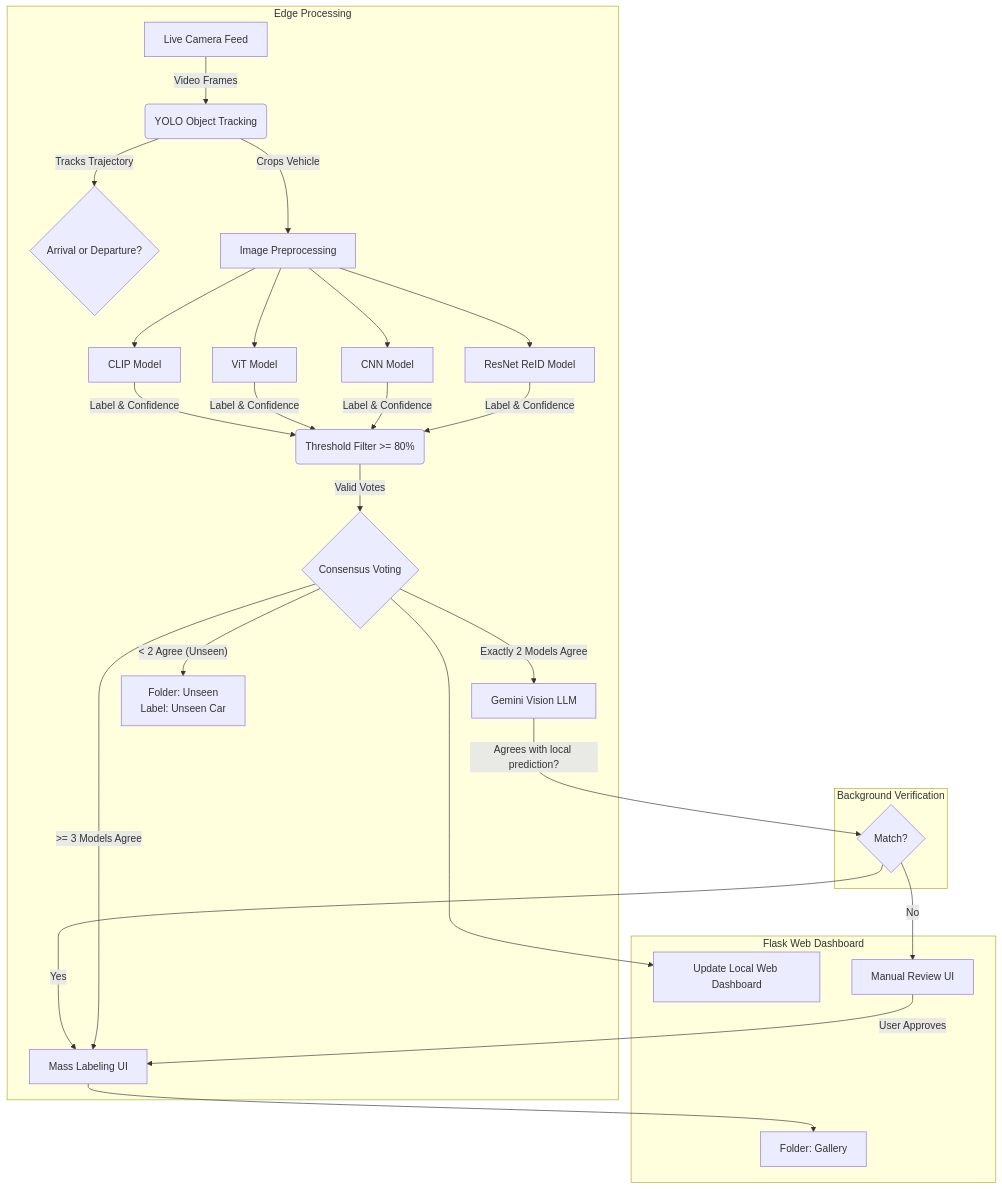
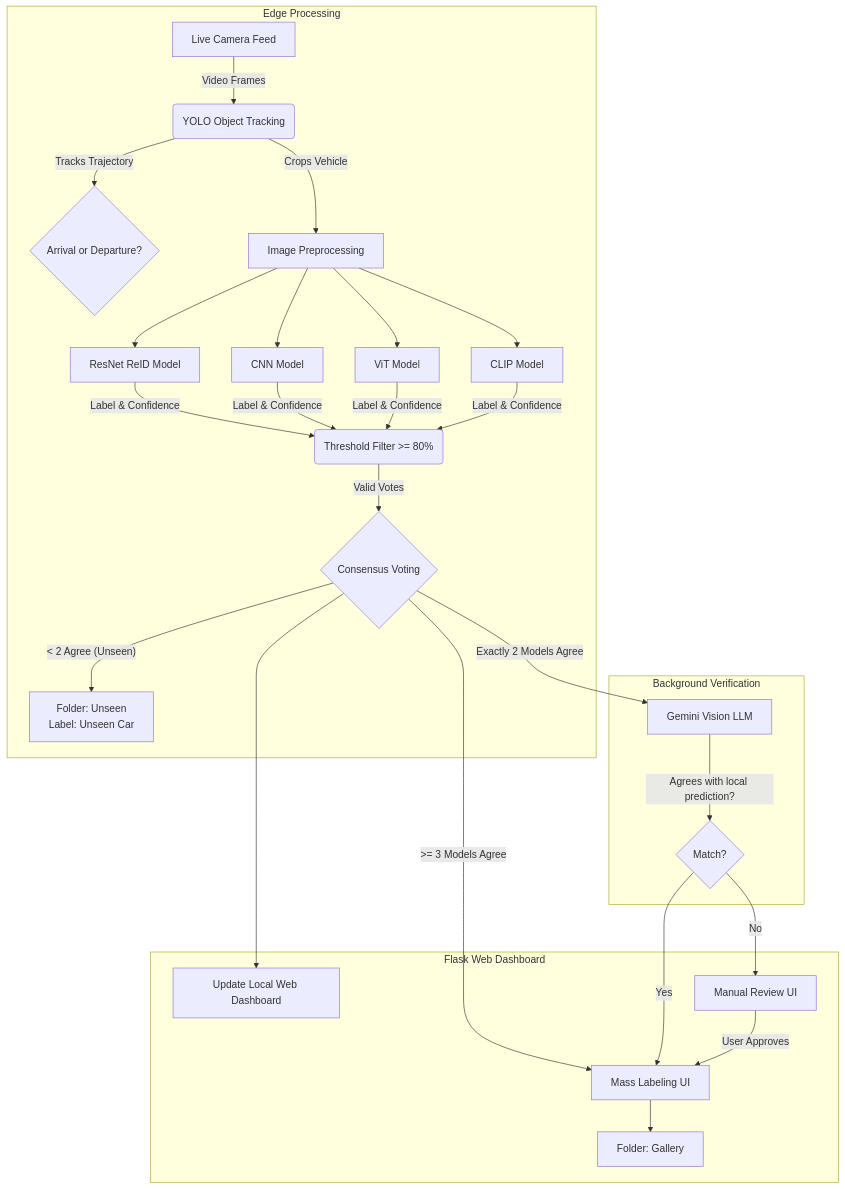
One commit to Nuisey/CaReID changed the diagram in README.md. Above: the diagram before and after it, drawn with Mermaid.

Commit message:
Update README diagram flows to bypass Unsynced/Unconfirmed folders

````diff
--- a/README.md
+++ b/README.md
@@ -23,39 +23,45 @@
 ```mermaid
 
 flowchart TD
 
     subgraph Edge Processing
         A[Live Camera Feed] -->|Video Frames| B(YOLO Object Tracking)
         B -->|Tracks Trajectory| C{Arrival or Departure?}
         B -->|Crops Vehicle| D[Image Preprocessing]
   
         D --> E[ResNet ReID Model]
         D --> F[CNN Model]
         D --> G[ViT Model]
         D --> H[CLIP Model]
   
         E & F & G & H -->|Label & Confidence| I(Threshold Filter >= 80%)
         I -->|Valid Votes| J{Consensus Voting}
         
-        J -- ">= 3 Models Agree" --> S
-        J -- "Exactly 2 Models Agree" --> P
-        J -- "< 2 Agree (Unseen)" --> M[Folder: Unseen\nLabel: Unseen Car]
+        M[Folder: Unseen\nLabel: Unseen Car]
     end
 
     subgraph Background Verification
         P[Gemini Vision LLM]
-        P -->|Agrees with local prediction?| Q{Match?}
-        Q -- Yes --> S
+        Q{Match?}
     end
   
     subgraph Flask Web Dashboard
+        O[Update Local Web Dashboard]
+        R[Manual Review UI]
         S[Mass Labeling UI]
-        J --> O[Update Local Web Dashboard]
-        
-        Q -- No --> R[Manual Review UI]
-        R -- User Approves --> S
-        
-        S --> T[Folder: Gallery]
+        T[Folder: Gallery]
     end
 
+    J -- ">= 3 Models Agree" --> S
+    J -- "Exactly 2 Models Agree" --> P
+    J -- "< 2 Agree (Unseen)" --> M
+    
+    P -->|Agrees with local prediction?| Q
+    Q -- Yes --> S
+    
+    J --> O
+    Q -- No --> R
+    R -- User Approves --> S
+    S --> T
+
 ```
````
